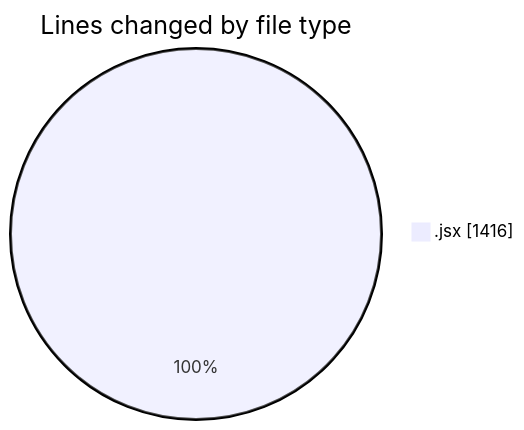
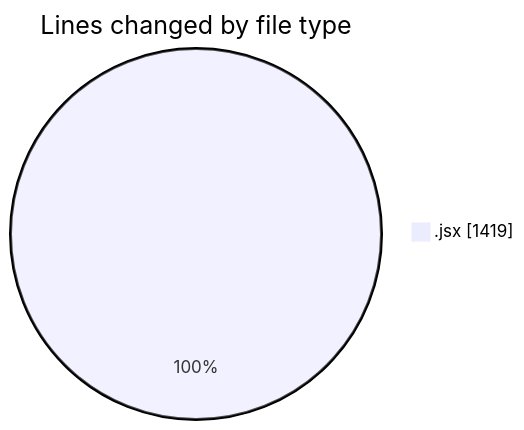
Before and after one commit to nxtqubesakshisongat/code-tracking: the first of 2 diagrams in 2025-06-21/nxtqube_webapp/README.md, drawn with Mermaid. The commit also changed other lines of this file and 1 other file, not shown here.

````diff
--- a/2025-06-21/nxtqube_webapp/README.md
+++ b/2025-06-21/nxtqube_webapp/README.md
@@ -20,5 +20,5 @@
 ```mermaid
 pie showData
 title Lines changed by file type
-".jsx" : 1416
+".jsx" : 1419
 ```
````
